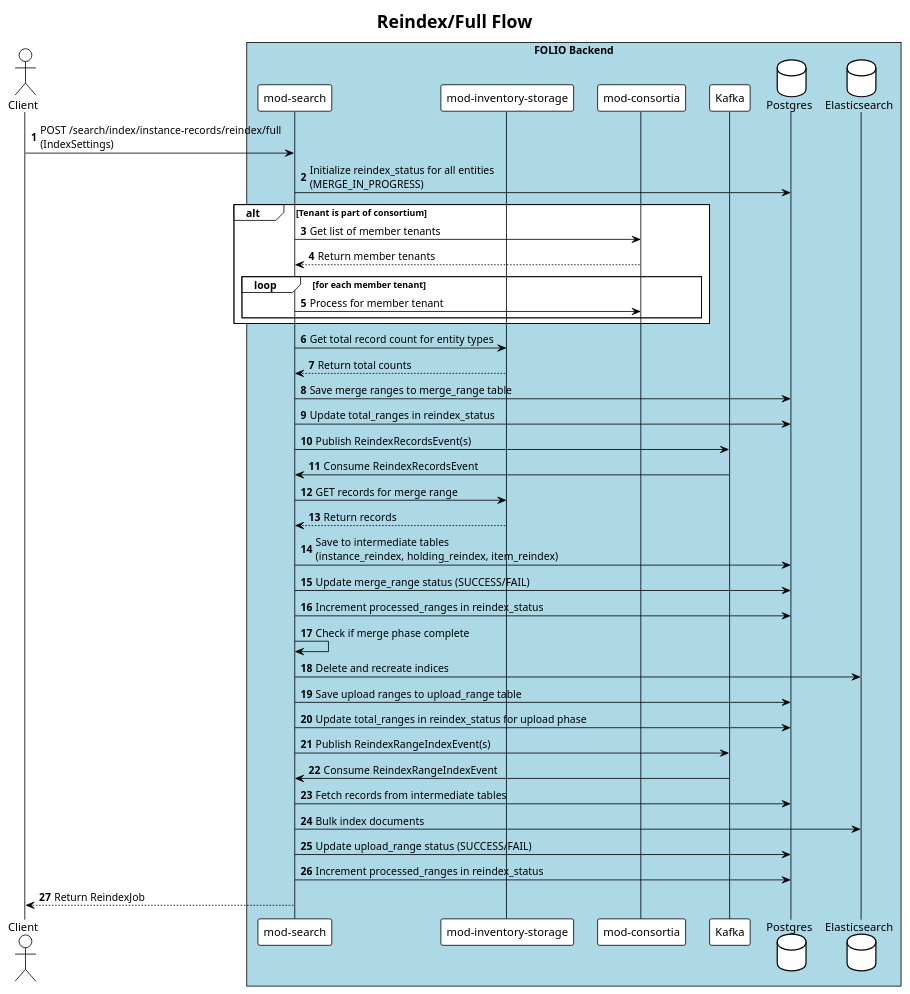
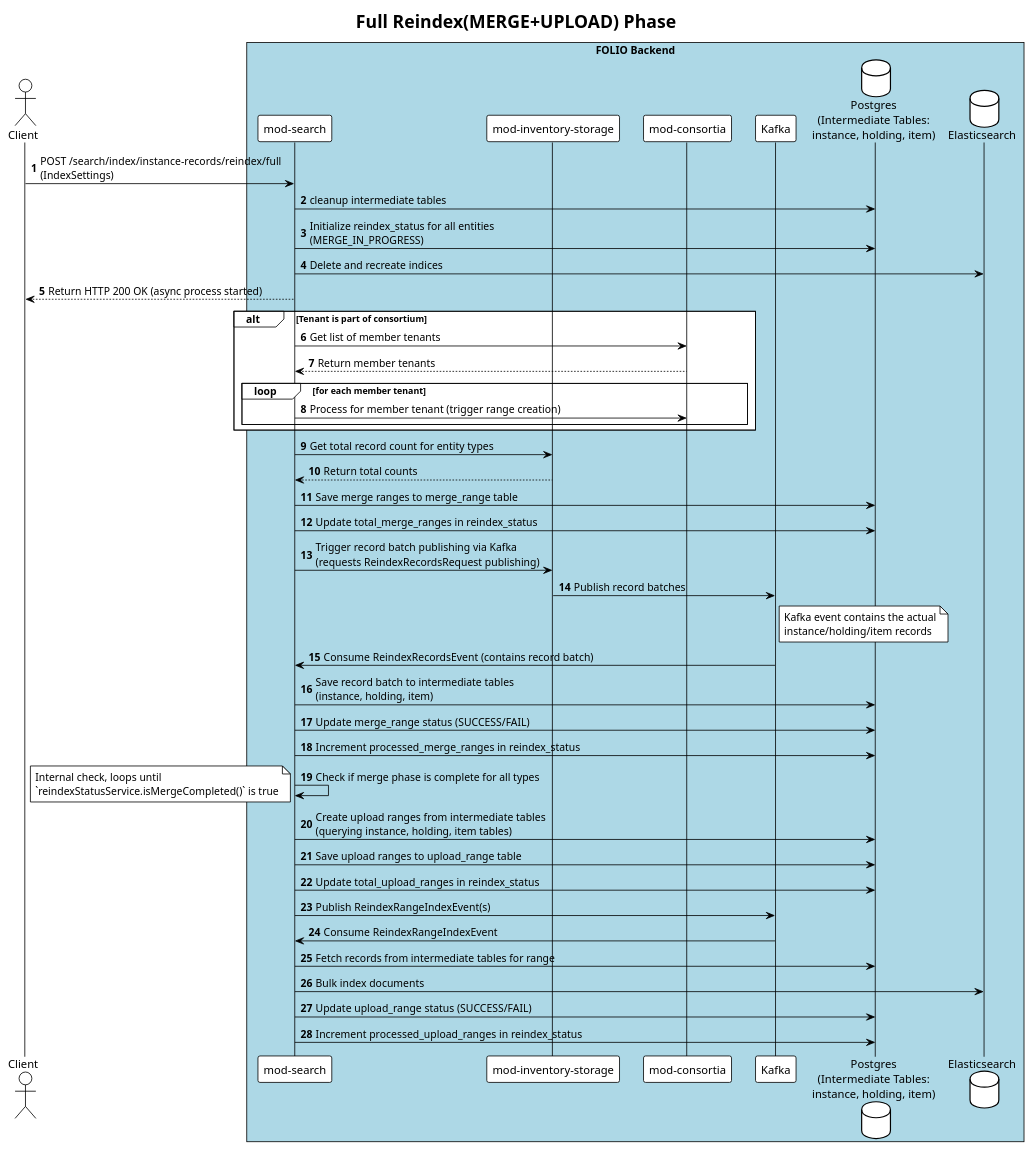
One commit to folio-org/mod-search changed the diagram in diagrams/full.puml. Above: the diagram before and after it, drawn with PlantUML. The commit also changed 4 other files, not shown here.

Commit message:
docs: update README and UML diagrams for full reindex and upload phases

```diff
--- a/diagrams/full.puml
+++ b/diagrams/full.puml
@@ -1,94 +1,81 @@
 @startuml
 !theme plain
-title Reindex/Full Flow
+title Full Reindex(MERGE+UPLOAD) Phase
 
 actor "Client" as client
 box "FOLIO Backend" #LightBlue
-participant "mod-search" as modSearch
-participant "mod-inventory-storage" as inventoryStorage
-participant "mod-consortia" as modConsortia
-participant "Kafka" as kafka
-database "Postgres" as postgres
-database "Elasticsearch" as elasticsearch
+  participant "mod-search" as modSearch
+  participant "mod-inventory-storage" as inventoryStorage
+  participant "mod-consortia" as modConsortia
+  participant "Kafka" as kafka
+  database "Postgres\n(Intermediate Tables:\ninstance, holding, item)" as postgres
+  database "Elasticsearch" as elasticsearch
 end box
 
 autonumber
 
 ' Initial API request reception
 client -> modSearch: POST /search/index/instance-records/reindex/full\n(IndexSettings)
 
+modSearch -> postgres: cleanup intermediate tables
+
 ' Status initialization
 modSearch -> postgres: Initialize reindex_status for all entities\n(MERGE_IN_PROGRESS)
+
+' Recreate Elasticsearch indices (Happens early in the process)
+modSearch -> elasticsearch: Delete and recreate indices
+
+' Final response to client (Happens immediately after initial request)
+client <-- modSearch: Return HTTP 200 OK (async process started)
 
 ' Consortium handling (conditional)
 alt Tenant is part of consortium
   modSearch -> modConsortia: Get list of member tenants
   modConsortia --> modSearch: Return member tenants
   loop for each member tenant
-    modSearch -> modConsortia: Process for member tenant
+    modSearch -> modConsortia: Process for member tenant (trigger range creation)
   end
 end
 
 ' Get record count from storage
 modSearch -> inventoryStorage: Get total record count for entity types
 inventoryStorage --> modSearch: Return total counts
 
 ' Create merge ranges
 modSearch -> postgres: Save merge ranges to merge_range table
 
-' Update total merge ranges count
-modSearch -> postgres: Update total_ranges in reindex_status
+' Update total merge ranges count in status
+modSearch -> postgres: Update total_merge_ranges in reindex_status
 
-' Publish events for merge ranges
-modSearch -> kafka: Publish ReindexRecordsEvent(s)
+' Trigger publishing of record batches by inventory-storage
+modSearch -> inventoryStorage: Trigger record batch publishing via Kafka\n(requests ReindexRecordsRequest publishing)
+inventoryStorage -> kafka: Publish record batches
+note right of kafka : Kafka event contains the actual\ninstance/holding/item records
 
-' Asynchronous processing of merge phase
-kafka -> modSearch: Consume ReindexRecordsEvent
+' --- Merge Phase Processing (Async) ---
+kafka -> modSearch: Consume ReindexRecordsEvent (contains record batch)
+modSearch -> postgres: Save record batch to intermediate tables\n(instance, holding, item)
+modSearch -> postgres: Update merge_range status (SUCCESS/FAIL)
+modSearch -> postgres: Increment processed_merge_ranges in reindex_status
 
-' Fetch records from storage for merge
-modSearch -> inventoryStorage: GET records for merge range
-inventoryStorage --> modSearch: Return records
+' --- Transition Check ---
+modSearch -> modSearch: Check if merge phase is complete for all types
+note left: Internal check, loops until\n`reindexStatusService.isMergeCompleted()` is true
 
-' Store records in intermediate tables
-modSearch -> postgres: Save to intermediate tables\n(instance_reindex, holding_reindex, item_reindex)
+' --- Upload Phase Initialization (after Merge complete) ---
+' Create upload ranges from intermediate tables
+modSearch -> postgres: Create upload ranges from intermediate tables\n(querying instance, holding, item tables)
+modSearch -> postgres: Save upload ranges to upload_range table
+modSearch -> postgres: Update total_upload_ranges in reindex_status
 
-' Update merge range status
-modSearch -> postgres: Update merge_range status (SUCCESS/FAIL)
-
-' Update processed merge count
-modSearch -> postgres: Increment processed_ranges in reindex_status
-
-' Transition to upload phase (once merge is complete)
-modSearch -> modSearch: Check if merge phase complete
-
-' Recreate Elasticsearch indices
-modSearch -> elasticsearch: Delete and recreate indices
-
-' Create upload ranges from intermediate tables
-modSearch -> postgres: Save upload ranges to upload_range table
-
-' Update total upload ranges count
-modSearch -> postgres: Update total_ranges in reindex_status for upload phase
-
-' Publish events for upload ranges
+' Publish upload range events to Kafka
 modSearch -> kafka: Publish ReindexRangeIndexEvent(s)
 
-' Asynchronous processing of upload phase
+' --- Upload Phase Processing (Async) ---
 kafka -> modSearch: Consume ReindexRangeIndexEvent
-
-' Fetch records from intermediate tables
-modSearch -> postgres: Fetch records from intermediate tables
-
-' Index to Elasticsearch
+modSearch -> postgres: Fetch records from intermediate tables for range
 modSearch -> elasticsearch: Bulk index documents
-
-' Update upload range status
 modSearch -> postgres: Update upload_range status (SUCCESS/FAIL)
-
-' Update processed upload count
-modSearch -> postgres: Increment processed_ranges in reindex_status
-
-' Final response to client
-client <-- modSearch: Return ReindexJob
+modSearch -> postgres: Increment processed_upload_ranges in reindex_status
 
 @enduml
```
